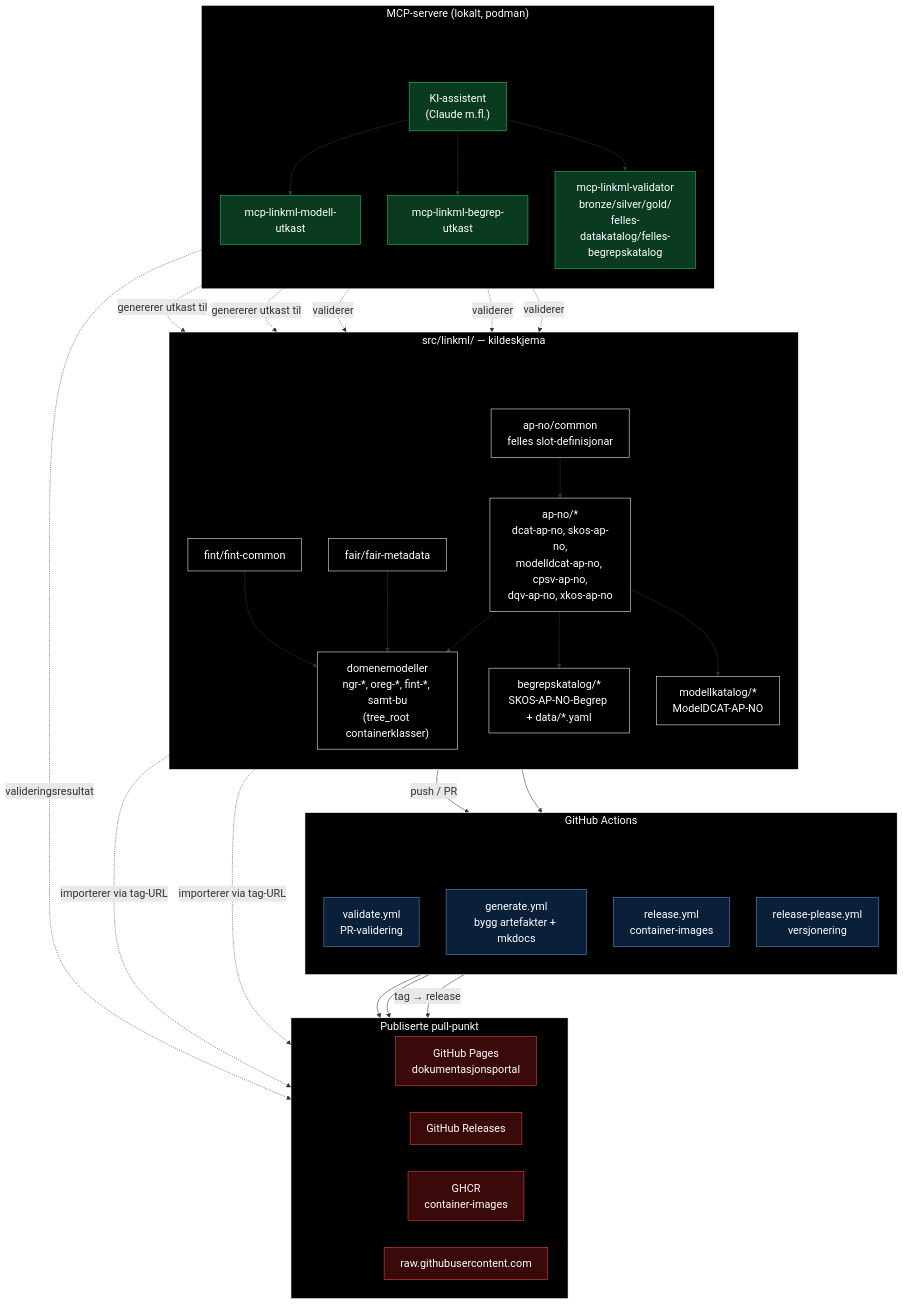
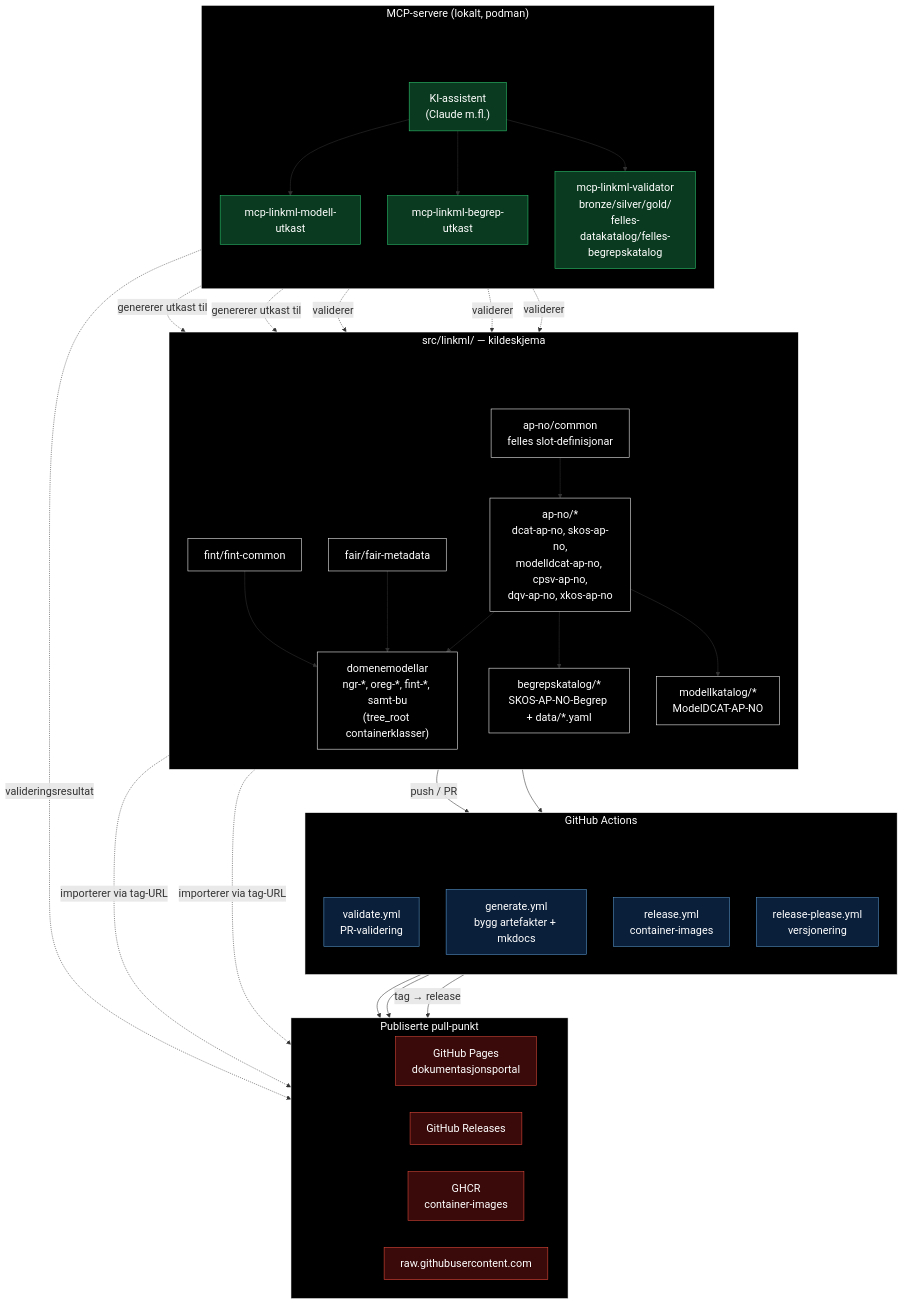
One commit to brreg/linkml-datamodellering-no changed the first of 2 diagrams in mkdocs/docs/arkitektur/arkitektur-oversikt.md. Above: the diagram before and after it, drawn with Mermaid. The commit also changed 19 other files, not shown here.

```diff
--- a/mkdocs/docs/arkitektur/arkitektur-oversikt.md
+++ b/mkdocs/docs/arkitektur/arkitektur-oversikt.md
@@ -25,7 +25,7 @@
         APNO["ap-no/*<br/>dcat-ap-no, skos-ap-no,<br/>modelldcat-ap-no, cpsv-ap-no,<br/>dqv-ap-no, xkos-ap-no"]
         FAIR["fair/fair-metadata"]
         FINTCOMMON["fint/fint-common"]
-        DOMENE["domenemodeller<br/>ngr-*, oreg-*, fint-*, samt-bu<br/>(tree_root containerklasser)"]
+        DOMENE["domenemodellar<br/>ngr-*, oreg-*, fint-*, samt-bu<br/>(tree_root containerklasser)"]
         BEGREP["begrepskatalog/*<br/>SKOS-AP-NO-Begrep + data/*.yaml"]
         MODELLKAT["modellkatalog/*<br/>ModelDCAT-AP-NO"]
 
```
